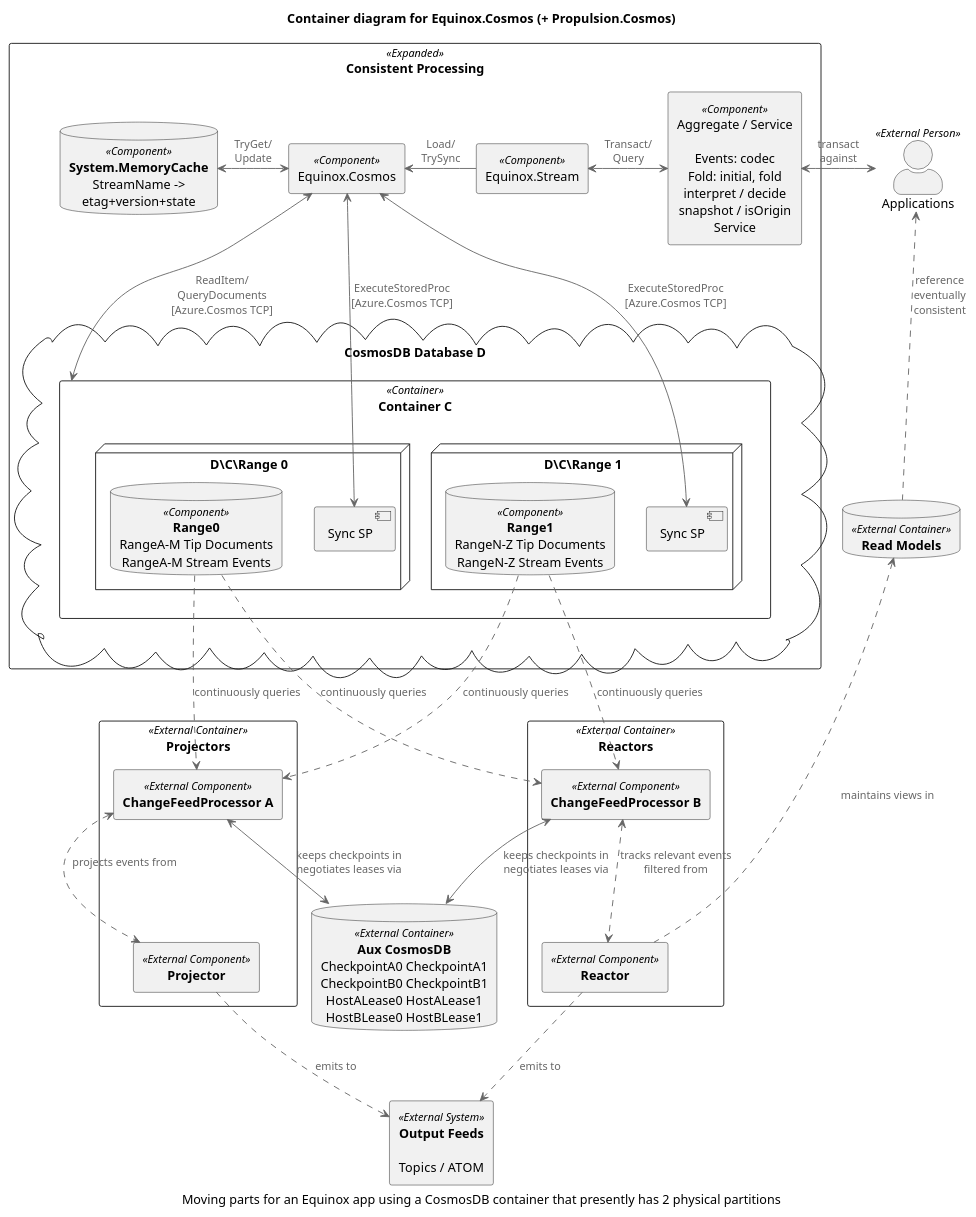
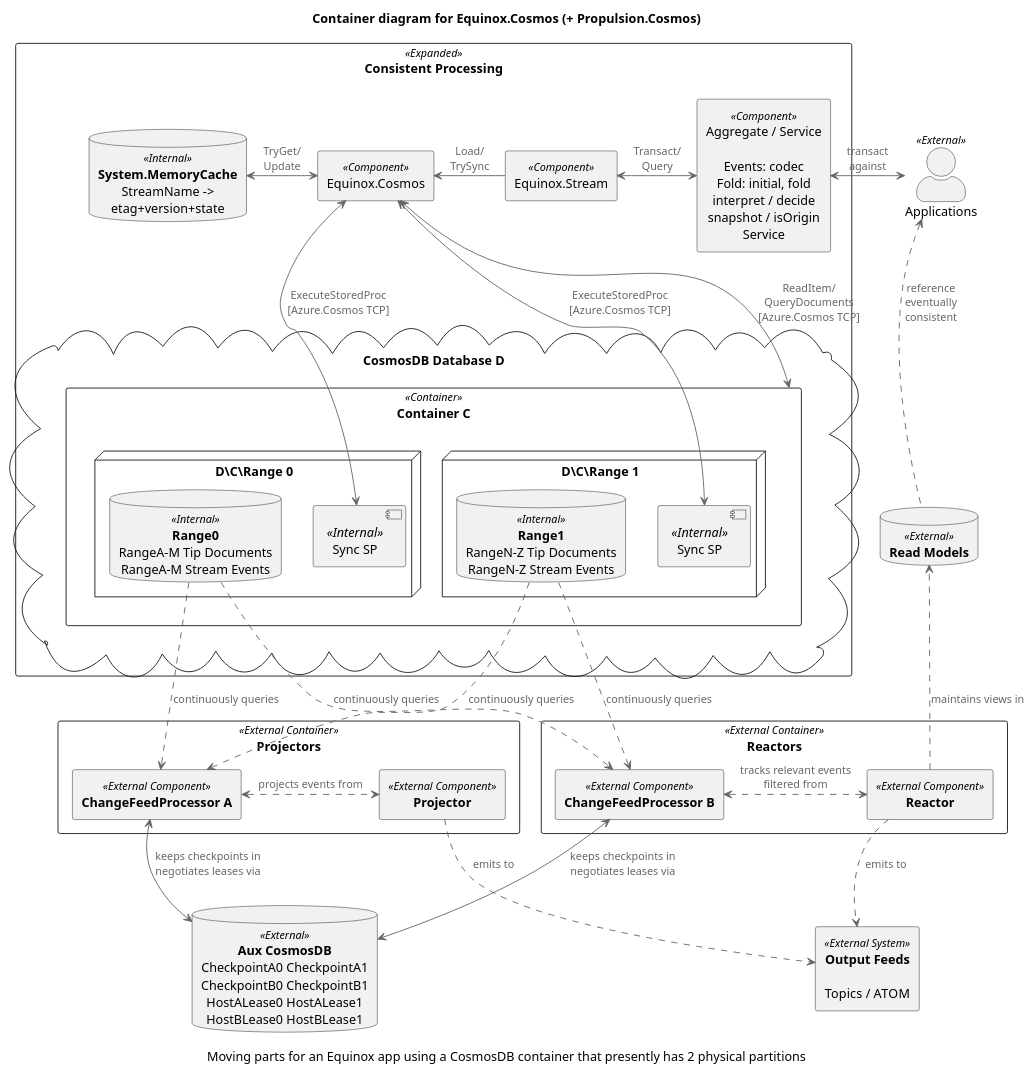
Before and after one commit to jet/equinox: the diagram in diagrams/CosmosContainer.puml, drawn with PlantUML. The commit also changed 6 other files, not shown here.

```diff
--- a/diagrams/CosmosContainer.puml
+++ b/diagrams/CosmosContainer.puml
@@ -1,119 +1,123 @@
 @startuml
 !includeurl https://raw.githubusercontent.com/skleanthous/C4-PlantumlSkin/master/build/output/c4.puml
 
 title Container diagram for Equinox.Cosmos (+ Propulsion.Cosmos)
 caption Moving parts for an Equinox app using a CosmosDB container that presently has 2 physical partitions
 
-actor "Applications" <<External Person>> as apps
+actor "Applications" <<External>> as apps
 
 rectangle "Consistent Processing" <<Expanded>> {
     together {
         rectangle aggregate <<Component>> [
             Aggregate / Service
 
             Events: codec
             Fold: initial, fold
             interpret / decide
             snapshot / isOrigin
             Service
         ]
         rectangle stream <<Component>> [
             Equinox.Stream
         ]
     }
 
-    database memorycache <<Component>> [
+    database memorycache <<Internal>> [
         **System.MemoryCache**
         StreamName ->
         etag+version+state
     ]
 
     rectangle eqxcosmos <<Component>> [
         Equinox.Cosmos
     ]
 
-    cloud "CosmosDB Database D" {
+    cloud "CosmosDB Database D" as db {
         rectangle "Container C" as cosmos <<Container>> {
             node "D\C\Range 0" {
-                rectangle [Sync SP] as sync0
-                database range0 <<Component>> [
+                rectangle [Sync SP] as sync0 <<Internal>>
+                database range0 <<Internal>> [
                     **Range0**
                     RangeA-M Tip Documents
                     RangeA-M Stream Events
                 ]
             }
             node "D\C\Range 1" {
-                rectangle [Sync SP] as sync1
-                database range1 <<Component>> [
+                rectangle [Sync SP] as sync1 <<Internal>>
+                database range1 <<Internal>> [
                     **Range1**
                     RangeN-Z Tip Documents
                     RangeN-Z Stream Events
                 ]
             } 
         }
     }
 }
 
-together {
-    rectangle "**Projectors**" <<External Container>> as projectors {
-        rectangle cfp0 <<External Component>> [
-            **ChangeFeedProcessor A**
-        ]
-        rectangle projector <<External Component>> [
-            **Projector**
-        ]
-    }
-    database aux <<External Container>> [
-        **Aux CosmosDB**
-        CheckpointA0 CheckpointA1
-        CheckpointB0 CheckpointB1
-        HostALease0 HostALease1
-        HostBLease0 HostBLease1
+rectangle "**Projectors**" as projectors <<External Container>> {
+    rectangle cfp0 <<External Component>> [
+        **ChangeFeedProcessor A**
+    ]
+    rectangle projector <<External Component>> [
+        **Projector**
     ]
 }
+
+rectangle "**Reactors**" as reactors <<External Container>> {
+    rectangle cfp1 <<External Component>> [
+        **ChangeFeedProcessor B**
+    ]
+    rectangle reactor <<External Component>> [
+        **Reactor**
+    ]
+}
+database caches <<External>> [
+    **Read Models**
+]
 
 rectangle outputs <<External System>> [
     **Output Feeds**
 
     Topics / ATOM
 ]
 
-together {
-    rectangle "**Reactors**" <<External Container>> as reactors {
-        rectangle cfp1 <<External Component>> [
-            **ChangeFeedProcessor B**
-        ]
-        rectangle reactor <<External Component>> [
-            **Reactor**
-        ]
-    }
-    database caches <<External Container>> [
-        **Read Models**
-    ]
-}
+database aux <<External>> [
+    **Aux CosmosDB**
+    CheckpointA0 CheckpointA1
+    CheckpointB0 CheckpointB1
+    HostALease0 HostALease1
+    HostBLease0 HostBLease1
+]
 
-apps      <-L-> aggregate   : transact\nagainst
-apps      <.D.   caches      : reference\neventually\nconsistent
+apps      <->   aggregate   : transact\nagainst
+apps      <.    caches      : reference\neventually\nconsistent
 
 aggregate <-L-> stream      : Transact/\nQuery
 stream     -L-> eqxcosmos   : Load/\nTrySync
 
 eqxcosmos <-L-> memorycache : TryGet/\nUpdate
-eqxcosmos <-->  sync0       : ExecuteStoredProc\n[Azure.Cosmos TCP]
-eqxcosmos <-R-> cosmos      : ReadItem/\nQueryDocuments\n[Azure.Cosmos TCP]
-eqxcosmos <-->  sync1       : ExecuteStoredProc\n[Azure.Cosmos TCP]
+eqxcosmos <->   sync0       : ExecuteStoredProc\n[Azure.Cosmos TCP]
+eqxcosmos <->   cosmos      : ReadItem/\nQueryDocuments\n[Azure.Cosmos TCP]
+eqxcosmos <->   sync1       : ExecuteStoredProc\n[Azure.Cosmos TCP]
 
 range0     ..>  cfp0        : continuously queries
 range1     ..>  cfp0        : continuously queries
 
 range0     ..>  cfp1        : continuously queries
 range1     ..>  cfp1        : continuously queries
 
-cfp0      <-->  aux         : keeps checkpoints in\nnegotiates leases via
-cfp1      <-->  aux         : keeps checkpoints in\nnegotiates leases via
-cfp0      <..>  projector   : projects events from
-cfp1      <..>  reactor     : tracks relevant events filtered from
-reactor   .U.>  caches      : maintains views in
-reactor    ..>  outputs     : emits to
-projector  ..>  outputs     : emits to
+cfp0      <->   aux         : keeps checkpoints in\nnegotiates leases via
+cfp1      <->   aux         : keeps checkpoints in\nnegotiates leases via
+cfp0      <.>   projector   : projects events from
+cfp1      <.>   reactor     : tracks relevant events filtered from
+reactor     .>  caches      : maintains views in
+reactor     .>  outputs     : emits to
+projector   .>  outputs     : emits to
+
+eqxcosmos -[hidden]D-> sync0
+cfp0      -[hidden]D-> aux
+reactor   -[hidden]D-> outputs
+reactor   -[hidden]U-> caches
+caches    -[hidden]U-> apps
+
 @enduml
```
